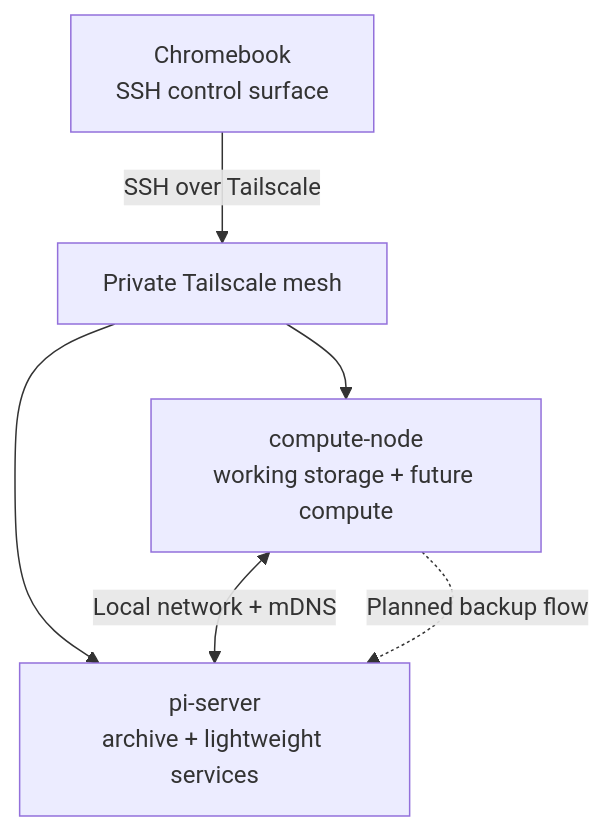
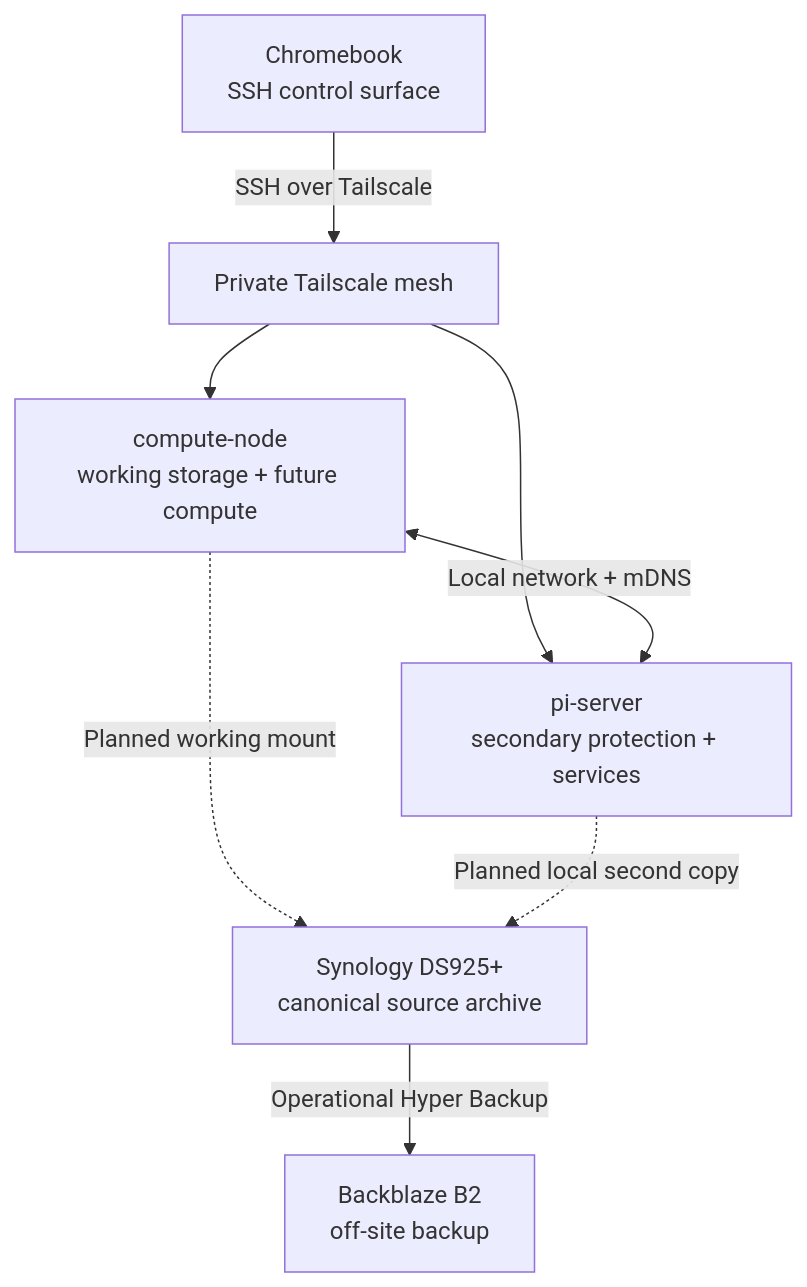
The diagram in diagrams/home-lab-architecture.md (jaustinanderson/home-server-lab), drawn with Mermaid before and after one commit. The commit also changed other lines of this file and 11 other files, not shown here.

Commit message:
docs: reconcile Synology storage and Backblaze protection (#11)

````diff
--- a/diagrams/home-lab-architecture.md
+++ b/diagrams/home-lab-architecture.md
@@ -7,8 +7,10 @@
 ```mermaid
 flowchart TD
     C["Chromebook<br/>SSH control surface"] -->|"SSH over Tailscale"| T["Private Tailscale mesh"]
     T --> N["compute-node<br/>working storage + future compute"]
-    T --> P["pi-server<br/>archive + lightweight services"]
+    T --> P["pi-server<br/>secondary protection + services"]
     N <-->|"Local network + mDNS"| P
-    N -.->|"Planned backup flow"| P
+    N -.->|"Planned working mount"| S["Synology DS925+<br/>canonical source archive"]
+    P -.->|"Planned local second copy"| S
+    S -->|"Operational Hyper Backup"| B["Backblaze B2<br/>off-site backup"]
 ```
````
